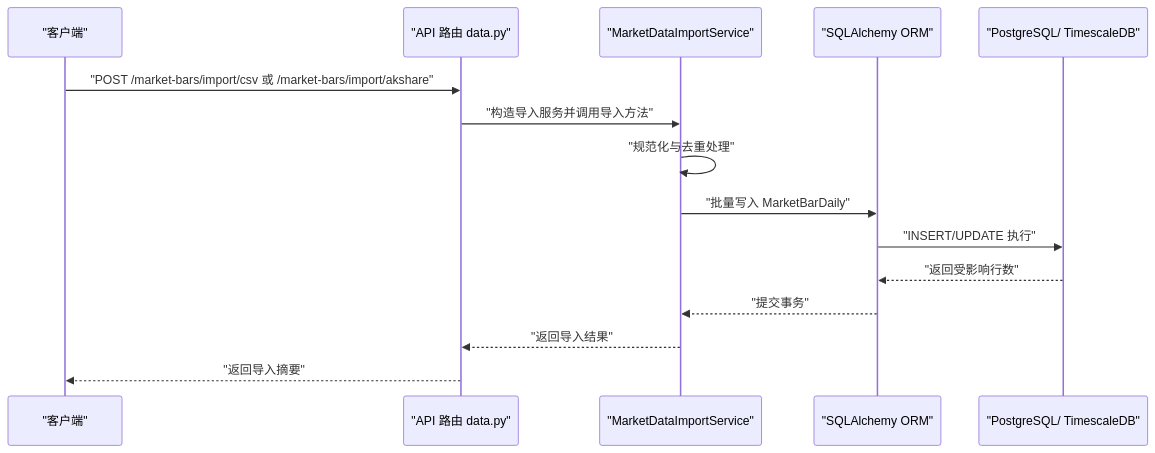
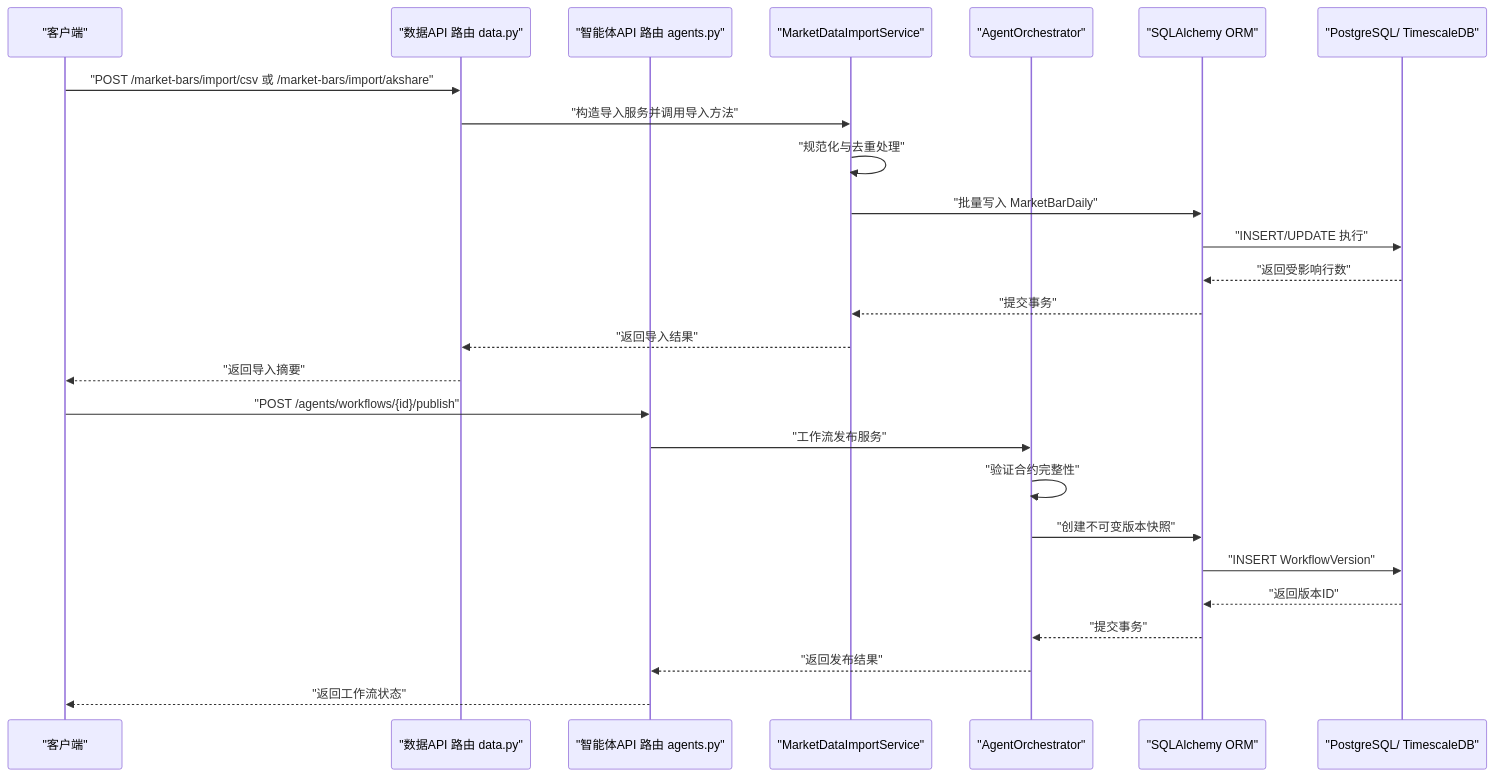
Before and after one commit to javelin-dot/llmine-quant: the second of 6 diagrams in .qoder/repowiki/zh/content/数据管理/数据库模式设计.md, drawn with Mermaid. The commit also changed other lines of this file and 19 other files, not shown here.

````diff
--- a/.qoder/repowiki/zh/content/数据管理/数据库模式设计.md
+++ b/.qoder/repowiki/zh/content/数据管理/数据库模式设计.md
@@ -123,17 +177,28 @@
 ```mermaid
 sequenceDiagram
 participant Client as "客户端"
-participant API as "API 路由 data.py"
+participant DataAPI as "数据API 路由 data.py"
+participant AgentAPI as "智能体API 路由 agents.py"
 participant Service as "MarketDataImportService"
+participant AgentService as "AgentOrchestrator"
 participant ORM as "SQLAlchemy ORM"
 participant DB as "PostgreSQL/ TimescaleDB"
-Client->>API : "POST /market-bars/import/csv 或 /market-bars/import/akshare"
-API->>Service : "构造导入服务并调用导入方法"
+Client->>DataAPI : "POST /market-bars/import/csv 或 /market-bars/import/akshare"
+DataAPI->>Service : "构造导入服务并调用导入方法"
 Service->>Service : "规范化与去重处理"
 Service->>ORM : "批量写入 MarketBarDaily"
 ORM->>DB : "INSERT/UPDATE 执行"
 DB-->>ORM : "返回受影响行数"
 ORM-->>Service : "提交事务"
-Service-->>API : "返回导入结果"
-API-->>Client : "返回导入摘要"
+Service-->>DataAPI : "返回导入结果"
+DataAPI-->>Client : "返回导入摘要"
+Client->>AgentAPI : "POST /agents/workflows/{id}/publish"
+AgentAPI->>AgentService : "工作流发布服务"
+AgentService->>AgentService : "验证合约完整性"
+AgentService->>ORM : "创建不可变版本快照"
+ORM->>DB : "INSERT WorkflowVersion"
+DB-->>ORM : "返回版本ID"
+ORM-->>AgentService : "提交事务"
+AgentService-->>AgentAPI : "返回发布结果"
+AgentAPI-->>Client : "返回工作流状态"
 ```
````
